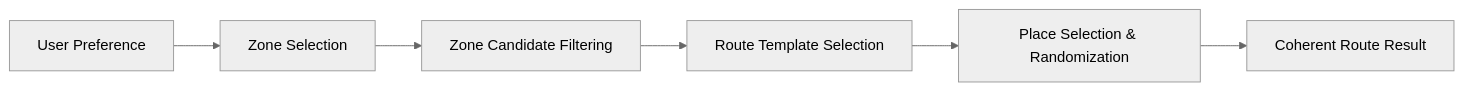
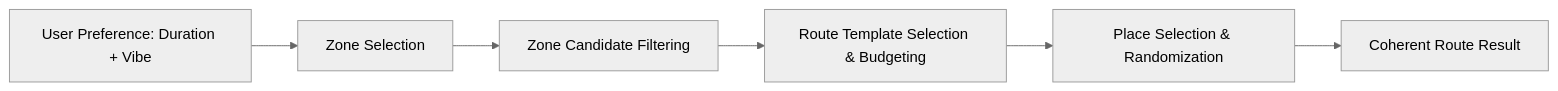
The diagram in docs/PRODUCT.md (devchanz/daejeon-random-trip), drawn with Mermaid (neutral theme) before and after one commit. The commit also changed other lines of this file and 4 other files, not shown here.

````diff
--- a/docs/PRODUCT.md
+++ b/docs/PRODUCT.md
@@ -19,8 +21,8 @@
 ```mermaid
 flowchart LR
-    A[User Preference] --> B[Zone Selection]
+    A[User Preference: Duration + Vibe] --> B[Zone Selection]
     B --> C[Zone Candidate Filtering]
-    C --> D[Route Template Selection]
+    C --> D[Route Template Selection & Budgeting]
     D --> E[Place Selection & Randomization]
     E --> F[Coherent Route Result]
 ```
````
